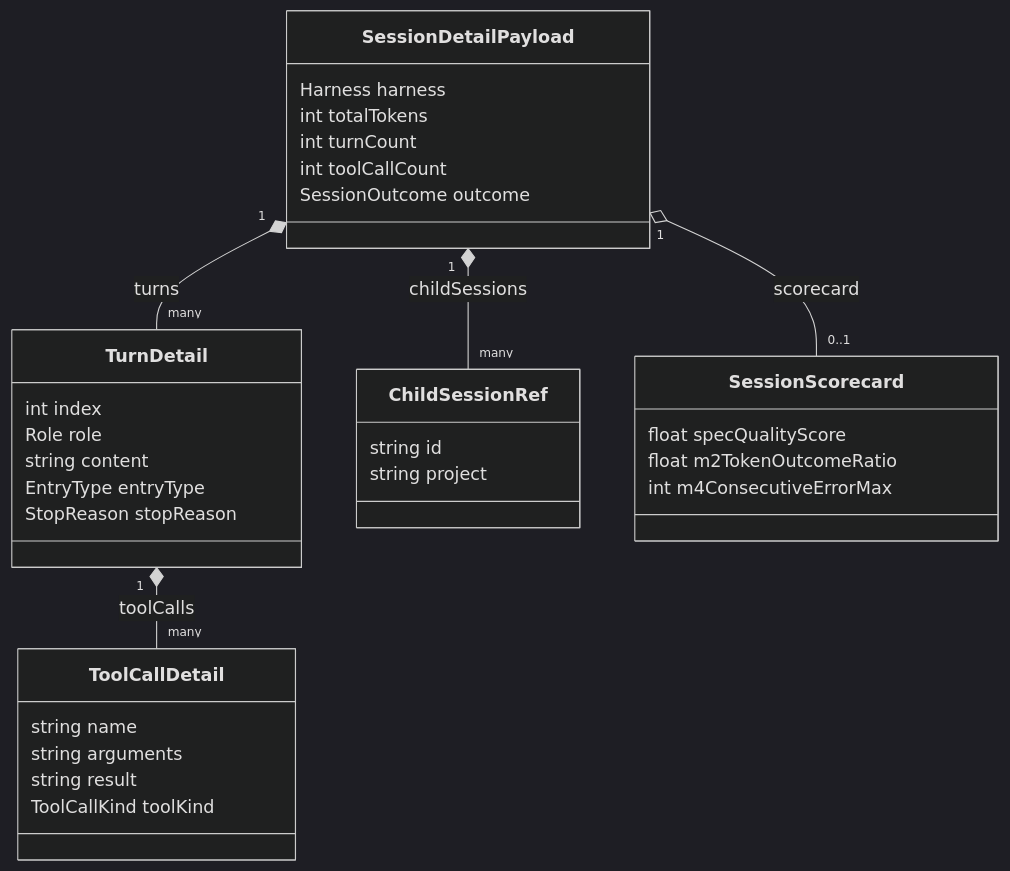
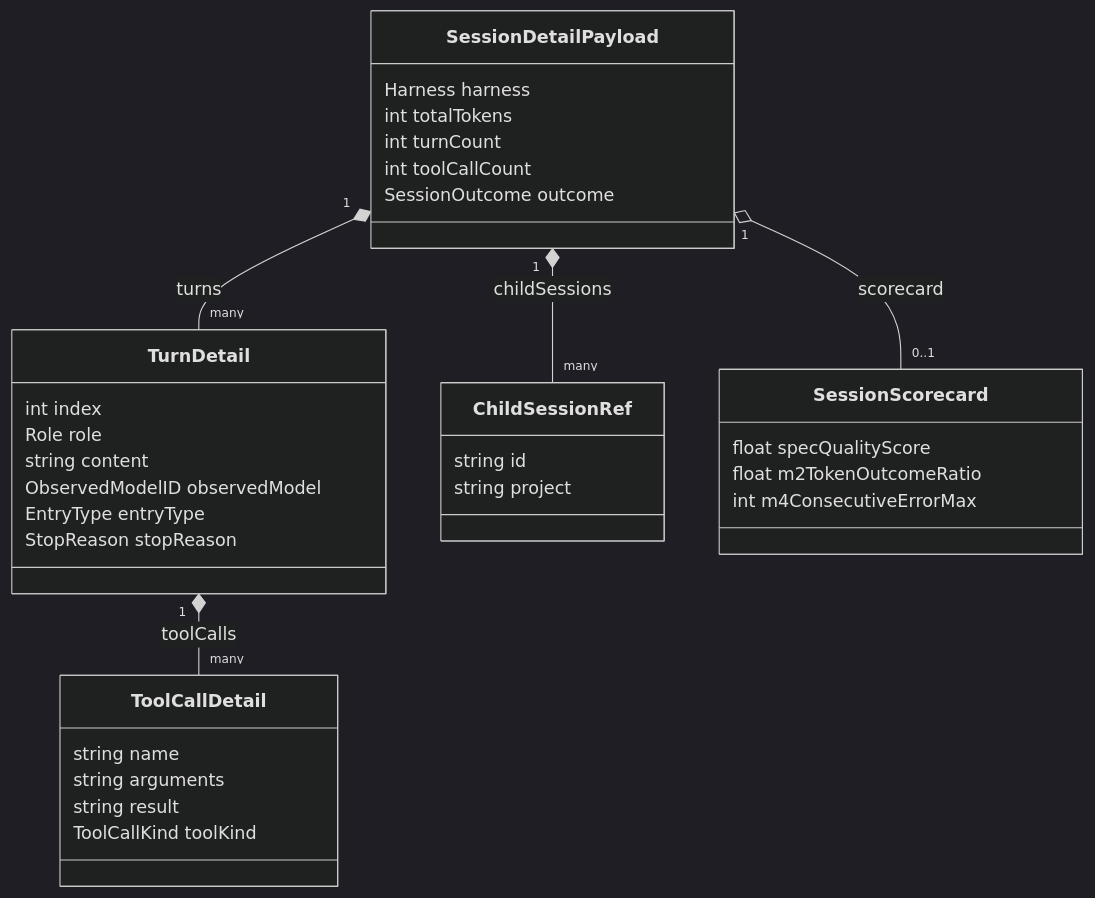
The second of 3 diagrams in README.md (peasant-labs/schema), drawn with Mermaid (dark theme) before and after one commit. The commit also changed other lines of this file and 23 other files, not shown here.

First line of the commit message:
fix(contract): replace per-turn model with observed evidence (#67)

````diff
--- a/README.md
+++ b/README.md
@@ -140,36 +143,37 @@
 ```mermaid
 classDiagram
     class SessionDetailPayload {
         Harness harness
         int totalTokens
         int turnCount
         int toolCallCount
         SessionOutcome outcome
     }
     class TurnDetail {
         int index
         Role role
         string content
+        ObservedModelID observedModel
         EntryType entryType
         StopReason stopReason
     }
     class ToolCallDetail {
         string name
         string arguments
         string result
         ToolCallKind toolKind
     }
     class ChildSessionRef {
         string id
         string project
     }
     class SessionScorecard {
         float specQualityScore
         float m2TokenOutcomeRatio
         int m4ConsecutiveErrorMax
     }
     SessionDetailPayload "1" *-- "many" TurnDetail : turns
     SessionDetailPayload "1" *-- "many" ChildSessionRef : childSessions
     SessionDetailPayload "1" o-- "0..1" SessionScorecard : scorecard
     TurnDetail "1" *-- "many" ToolCallDetail : toolCalls
 ```
````
